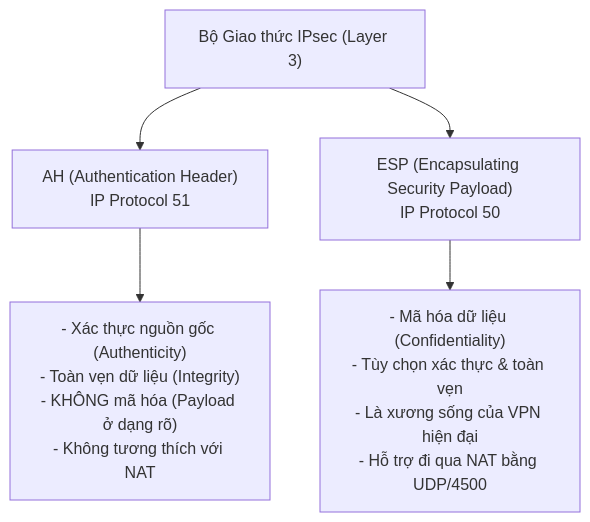
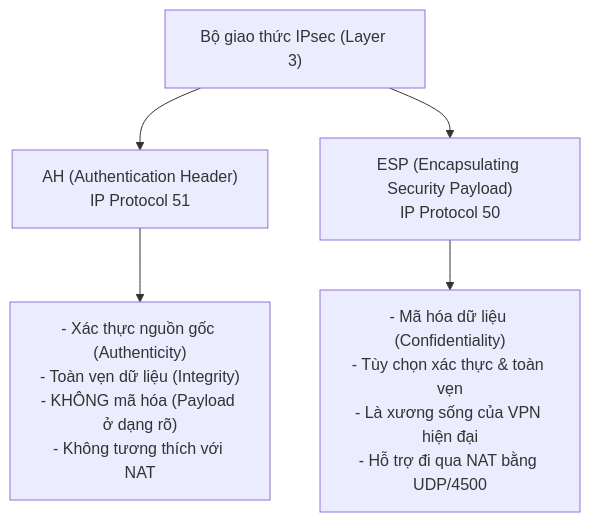
The second of 4 diagrams in Junior Cybersecurity Analyst/3. Introduction to Networking/16. Virtual Private Networks.md (phattvh/HackTheBox_Translate), drawn with Mermaid before and after one commit. The commit also changed other lines of this file and 5 other files, not shown here.

````diff
--- a/Junior Cybersecurity Analyst/3. Introduction to Networking/16. Virtual Private Networks.md
+++ b/Junior Cybersecurity Analyst/3. Introduction to Networking/16. Virtual Private Networks.md
@@ -42,8 +42,8 @@
 ```mermaid
 graph TD
-    IPsec["Bộ Giao thức IPsec (Layer 3)"] --> AH["AH (Authentication Header)<br/>IP Protocol 51"]
+    IPsec["Bộ giao thức IPsec (Layer 3)"] --> AH["AH (Authentication Header)<br/>IP Protocol 51"]
     IPsec --> ESP["ESP (Encapsulating Security Payload)<br/>IP Protocol 50"]
     
     AH --> AH_Desc["- Xác thực nguồn gốc (Authenticity)<br/>- Toàn vẹn dữ liệu (Integrity)<br/>- KHÔNG mã hóa (Payload ở dạng rõ)<br/>- Không tương thích với NAT"]
     ESP --> ESP_Desc["- Mã hóa dữ liệu (Confidentiality)<br/>- Tùy chọn xác thực & toàn vẹn<br/>- Là xương sống của VPN hiện đại<br/>- Hỗ trợ đi qua NAT bằng UDP/4500"]
 ```
````
